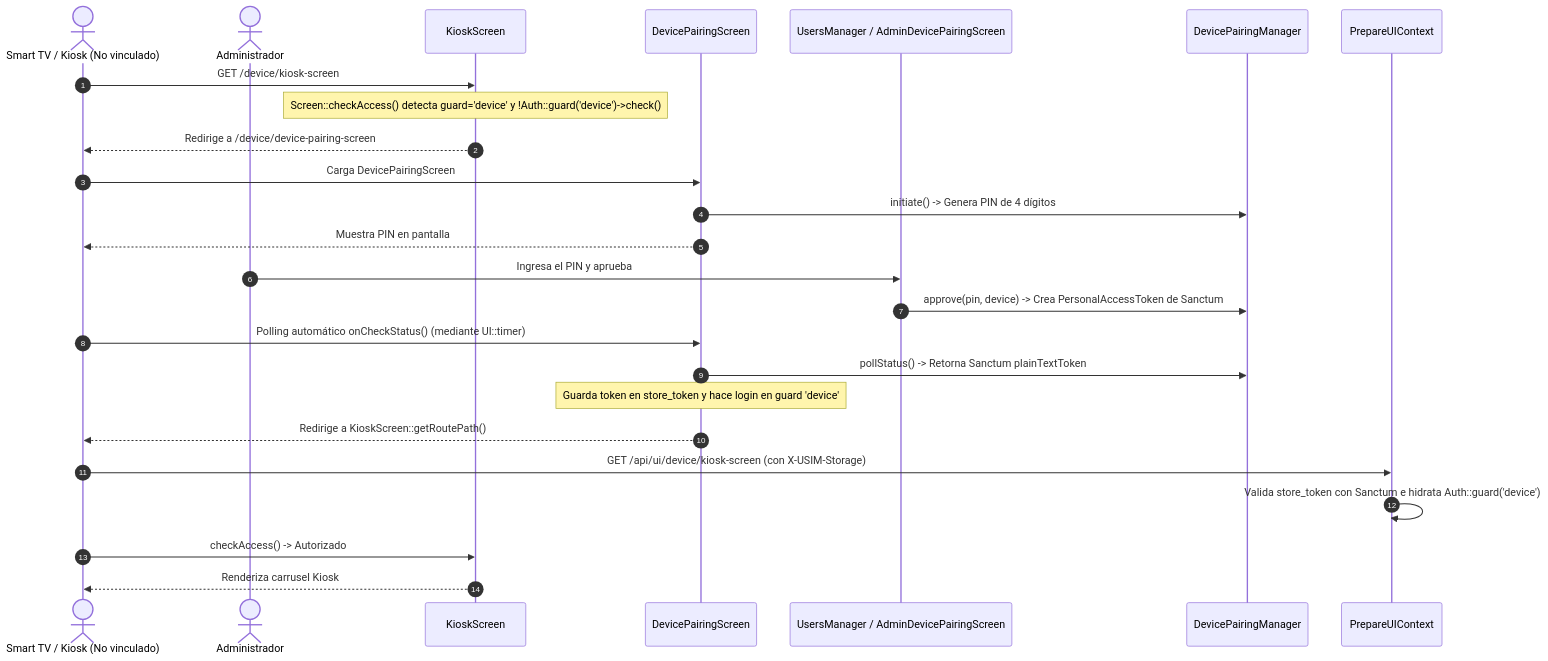
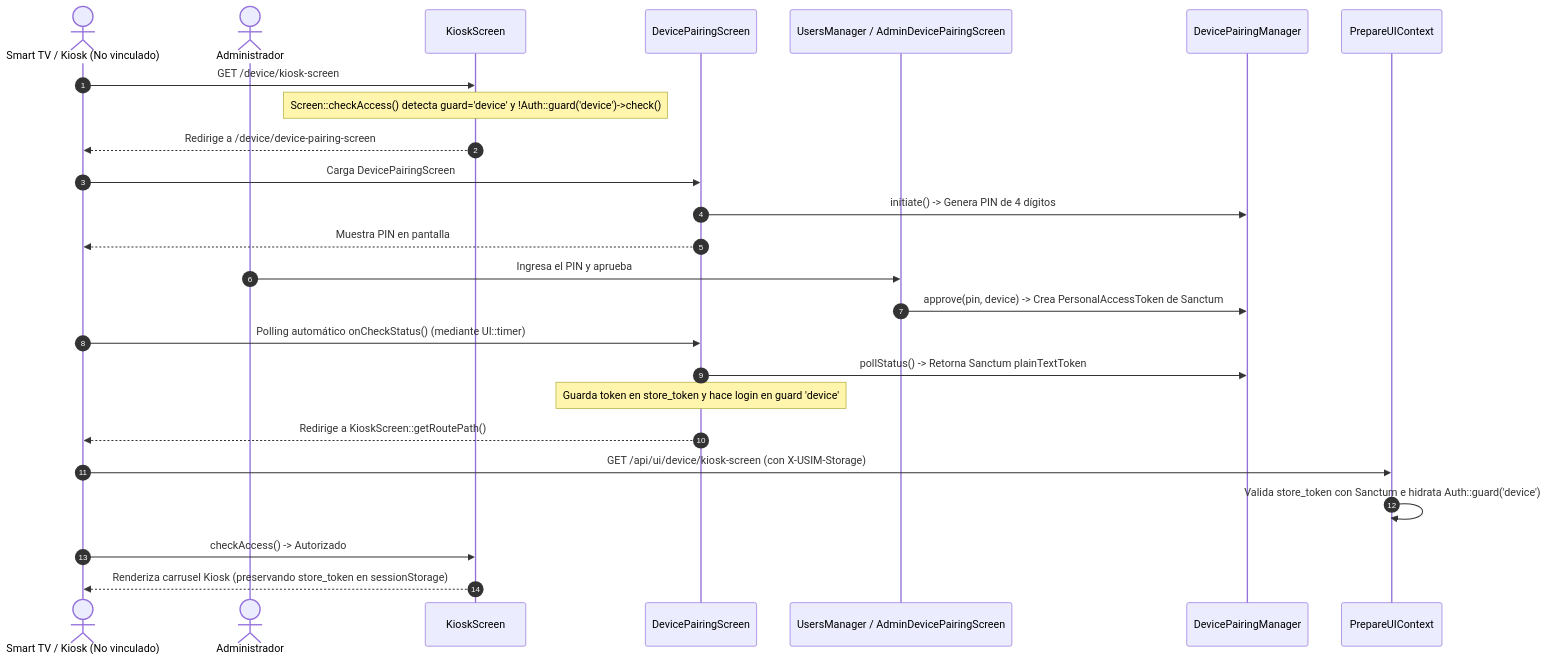
One commit to idei/usim-framework changed the diagram in docs/framework/DEVICE_AUTHENTICATION_AND_KIOSK.md. Above: the diagram before and after it, drawn with Mermaid. The commit also changed other lines of this file and 12 other files, not shown here.

````diff
--- a/docs/framework/DEVICE_AUTHENTICATION_AND_KIOSK.md
+++ b/docs/framework/DEVICE_AUTHENTICATION_AND_KIOSK.md
@@ -49,28 +55,28 @@
 ```mermaid
 sequenceDiagram
     autonumber
     actor TV as Smart TV / Kiosk (No vinculado)
     actor Admin as Administrador
     participant Kiosk as KioskScreen
     participant Pairing as DevicePairingScreen
     participant AdminUI as UsersManager / AdminDevicePairingScreen
     participant DPM as DevicePairingManager
     participant Mid as PrepareUIContext
 
     TV->>Kiosk: GET /device/kiosk-screen
     Note over Kiosk: Screen::checkAccess() detecta guard='device' y !Auth::guard('device')->check()
     Kiosk-->>TV: Redirige a /device/device-pairing-screen
     TV->>Pairing: Carga DevicePairingScreen
     Pairing->>DPM: initiate() -> Genera PIN de 4 dígitos
     Pairing-->>TV: Muestra PIN en pantalla
     Admin->>AdminUI: Ingresa el PIN y aprueba
     AdminUI->>DPM: approve(pin, device) -> Crea PersonalAccessToken de Sanctum
     TV->>Pairing: Polling automático onCheckStatus() (mediante UI::timer)
     Pairing->>DPM: pollStatus() -> Retorna Sanctum plainTextToken
     Note over Pairing: Guarda token en store_token y hace login en guard 'device'
     Pairing-->>TV: Redirige a KioskScreen::getRoutePath()
     TV->>Mid: GET /api/ui/device/kiosk-screen (con X-USIM-Storage)
     Mid->>Mid: Valida store_token con Sanctum e hidrata Auth::guard('device')
     TV->>Kiosk: checkAccess() -> Autorizado
-    Kiosk-->>TV: Renderiza carrusel Kiosk
+    Kiosk-->>TV: Renderiza carrusel Kiosk (preservando store_token en sessionStorage)
 ```
````
